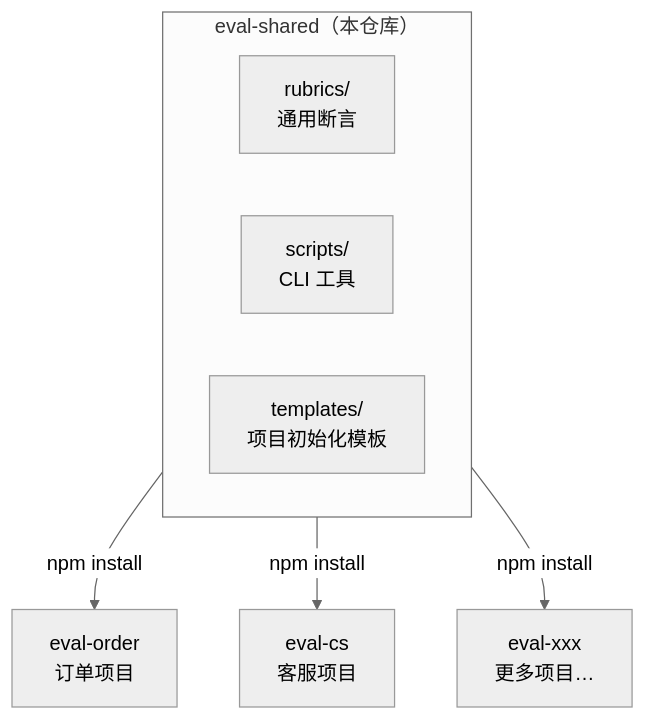
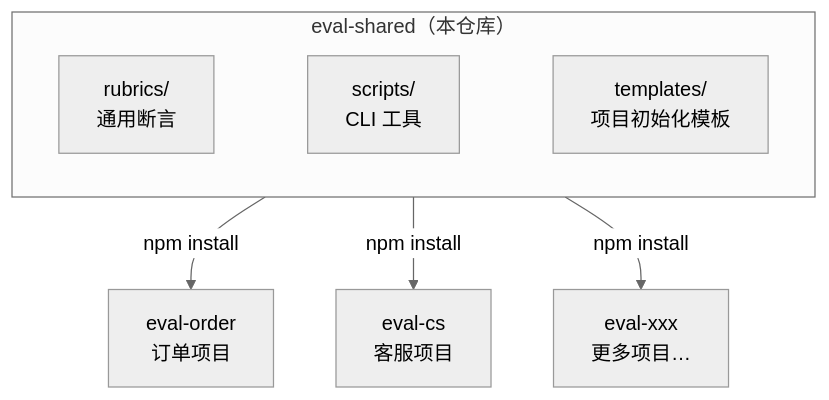
Before and after one commit to HaiYangBG1/eval-shared: the diagram in README.md, drawn with Mermaid (neutral theme).

Commit message:
fix: force horizontal layout in architecture diagram

````diff
--- a/README.md
+++ b/README.md
@@ -26,13 +26,10 @@
 ```mermaid
 graph TB
     subgraph shared["eval-shared（本仓库）"]
-        direction LR
-        R["rubrics/<br/>通用断言"]
-        S["scripts/<br/>CLI 工具"]
-        T["templates/<br/>项目初始化模板"]
+        R["rubrics/<br/>通用断言"] ~~~ S["scripts/<br/>CLI 工具"] ~~~ T["templates/<br/>项目初始化模板"]
     end
 
     shared -->|npm install| A["eval-order<br/>订单项目"]
     shared -->|npm install| B["eval-cs<br/>客服项目"]
     shared -->|npm install| C["eval-xxx<br/>更多项目…"]
 ```
````
